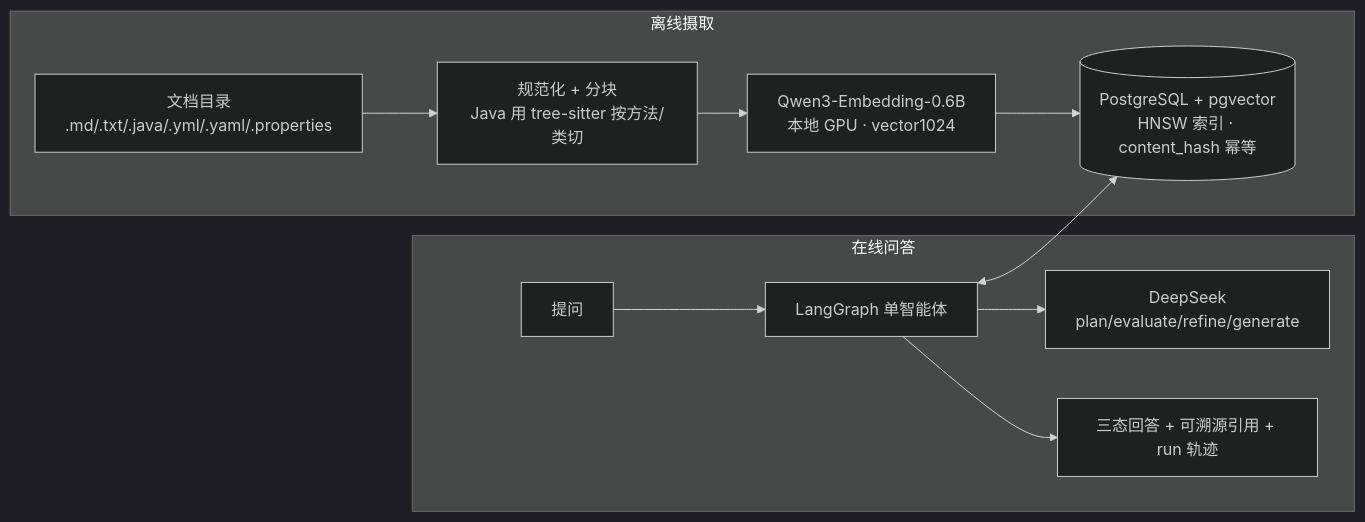
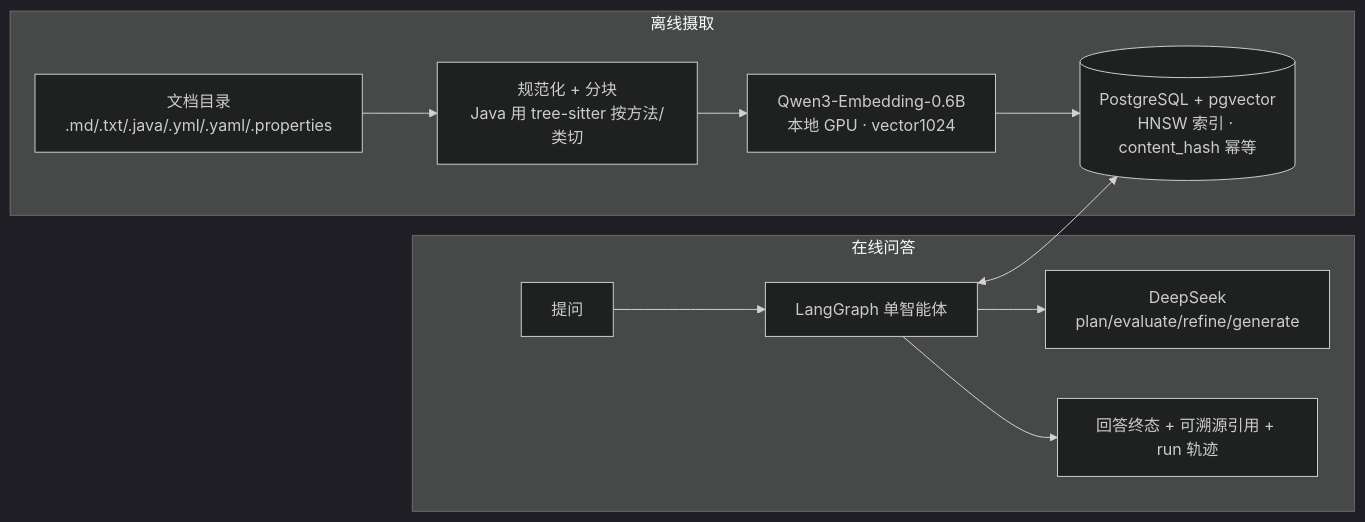
Before and after one commit to yangyaoming158/devkb: the first of 2 diagrams in README.md, drawn with Mermaid (dark theme). The commit also changed other lines of this file and 2 other files, not shown here.

````diff
--- a/README.md
+++ b/README.md
@@ -13,14 +13,14 @@
 ```mermaid
 flowchart LR
   subgraph 离线摄取
     A[文档目录<br/>.md/.txt/.java/.yml/.yaml/.properties] --> B[规范化 + 分块<br/>Java 用 tree-sitter 按方法/类切]
     B --> C[Qwen3-Embedding-0.6B<br/>本地 GPU · vector1024]
     C --> D[(PostgreSQL + pgvector<br/>HNSW 索引 · content_hash 幂等)]
   end
   subgraph 在线问答
     Q[提问] --> G[LangGraph 单智能体]
     G <--> D
     G --> LLM[DeepSeek<br/>plan/evaluate/refine/generate]
-    G --> ANS[三态回答 + 可溯源引用 + run 轨迹]
+    G --> ANS[回答终态 + 可溯源引用 + run 轨迹]
   end
 ```
````
